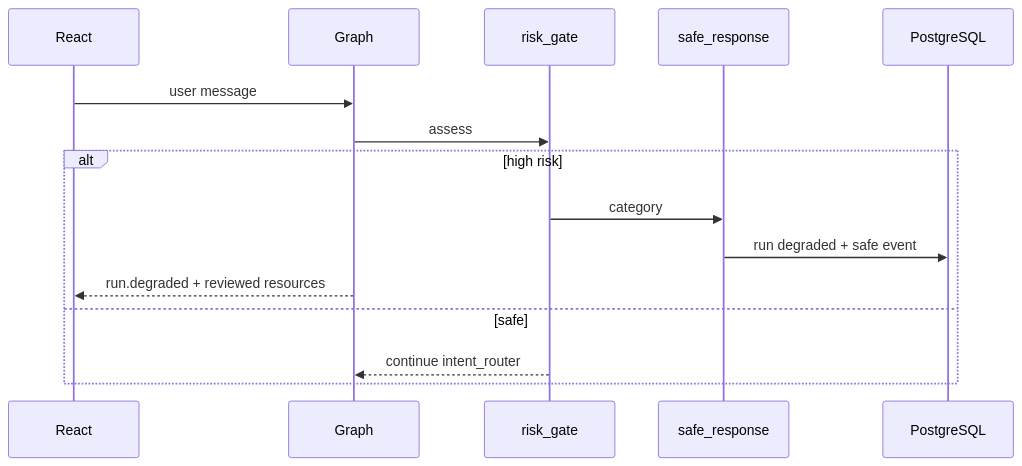
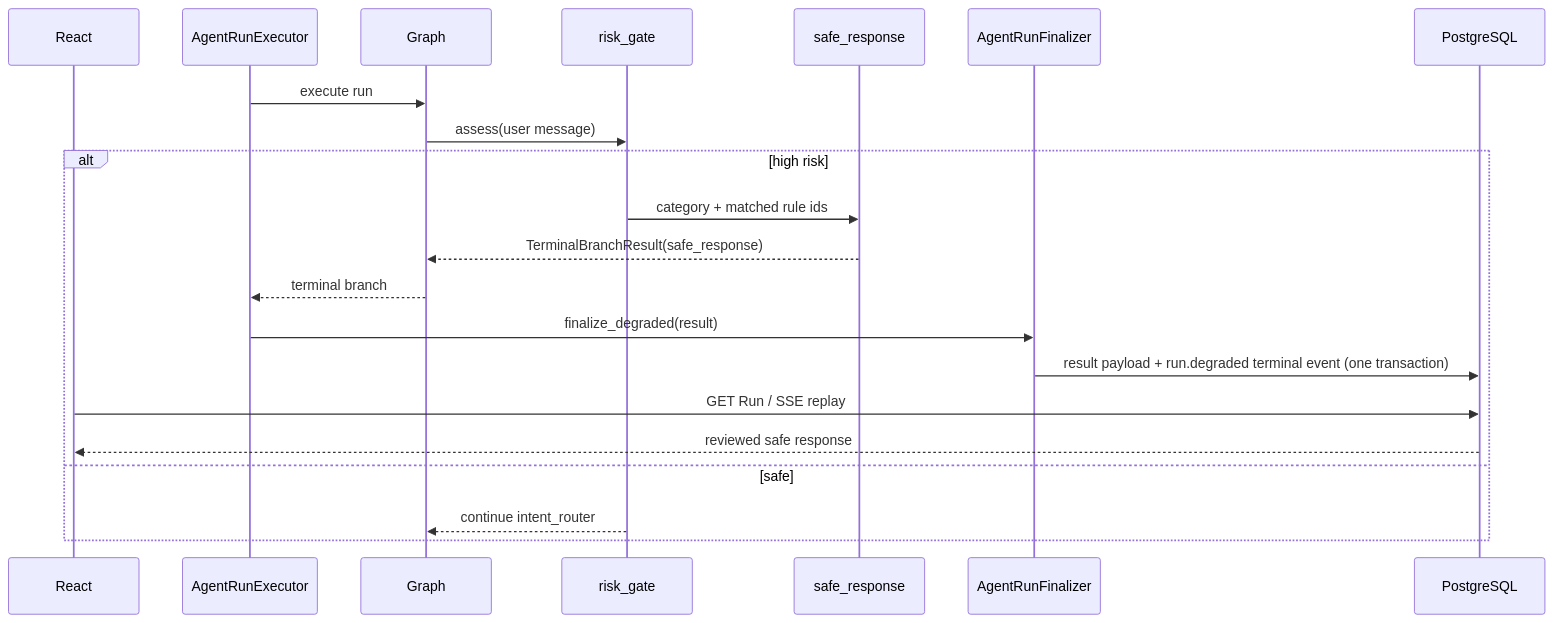
The diagram in docs/model-design/feature-flows/06-risk-triage.md (lyyjsr/career-planning-buddy), drawn with Mermaid before and after one commit. The commit also changed other lines of this file and 73 other files, not shown here.

````diff
--- a/docs/model-design/feature-flows/06-risk-triage.md
+++ b/docs/model-design/feature-flows/06-risk-triage.md
@@ -3,17 +3,23 @@
 ```mermaid
 sequenceDiagram
     participant FE as React
+    participant EX as AgentRunExecutor
     participant G as Graph
     participant RG as risk_gate
     participant SR as safe_response
+    participant F as AgentRunFinalizer
     participant DB as PostgreSQL
-    FE->>G: user message
-    G->>RG: assess
+    EX->>G: execute run
+    G->>RG: assess(user message)
     alt high risk
-      RG->>SR: category
-      SR->>DB: run degraded + safe event
-      G-->>FE: run.degraded + reviewed resources
+      RG->>SR: category + matched rule ids
+      SR-->>G: TerminalBranchResult(safe_response)
+      G-->>EX: terminal branch
+      EX->>F: finalize_degraded(result)
+      F->>DB: result payload + run.degraded terminal event (one transaction)
+      FE->>DB: GET Run / SSE replay
+      DB-->>FE: reviewed safe response
     else safe
       RG-->>G: continue intent_router
     end
 ```
````
